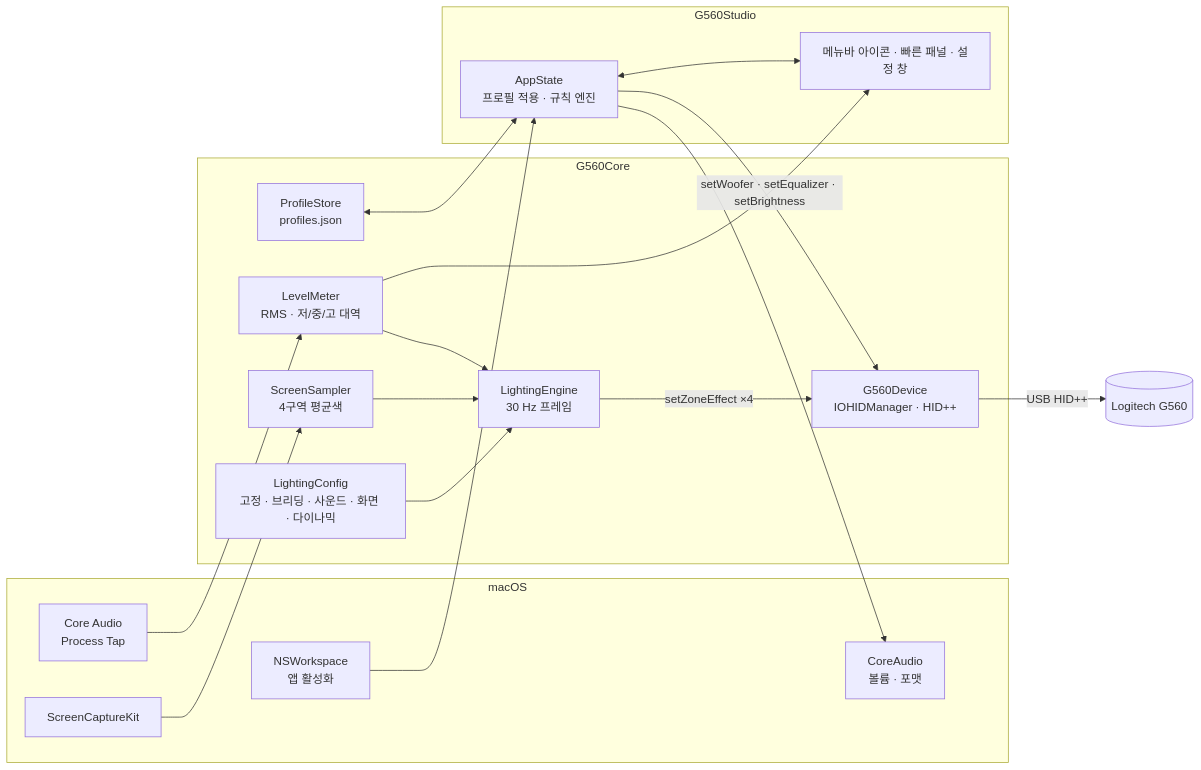
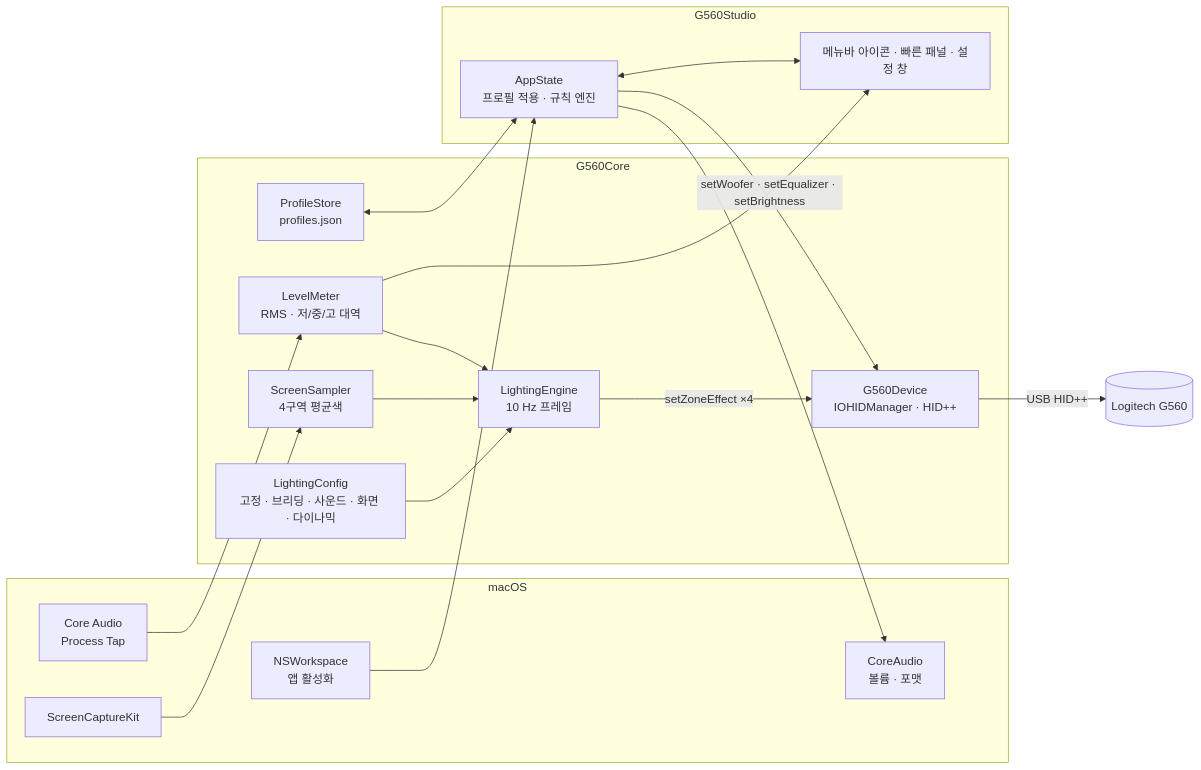
One commit to yong6330/G560Studio changed the diagram in README.md. Above: the diagram before and after it, drawn with Mermaid. The commit also changed other lines of this file and 14 other files, not shown here.

````diff
--- a/README.md
+++ b/README.md
@@ -100,35 +100,35 @@
 ```mermaid
 flowchart LR
     subgraph macOS
         Tap[Core Audio<br>Process Tap]
         SCK[ScreenCaptureKit]
         WS[NSWorkspace<br>앱 활성화]
         CA[CoreAudio<br>볼륨 · 포맷]
     end
 
     subgraph G560Core
         LM[LevelMeter<br>RMS · 저/중/고 대역]
         SS[ScreenSampler<br>4구역 평균색]
-        LE[LightingEngine<br>30 Hz 프레임]
+        LE[LightingEngine<br>10 Hz 프레임]
         LC[LightingConfig<br>고정 · 브리딩 · 사운드 · 화면 · 다이나믹]
         DEV[G560Device<br>IOHIDManager · HID++]
         PS[ProfileStore<br>profiles.json]
     end
 
     subgraph G560Studio
         AS[AppState<br>프로필 적용 · 규칙 엔진]
         UI[메뉴바 아이콘 · 빠른 패널 · 설정 창]
     end
 
     Tap --> LM --> LE
     SCK --> SS --> LE
     LC --> LE
     LE -->|setZoneEffect ×4| DEV
     AS -->|setWoofer · setEqualizer · setBrightness| DEV
     AS --> CA
     WS --> AS
     PS <--> AS
     AS <--> UI
     LM --> UI
     DEV -->|USB HID++| G560[(Logitech G560)]
 ```
````
